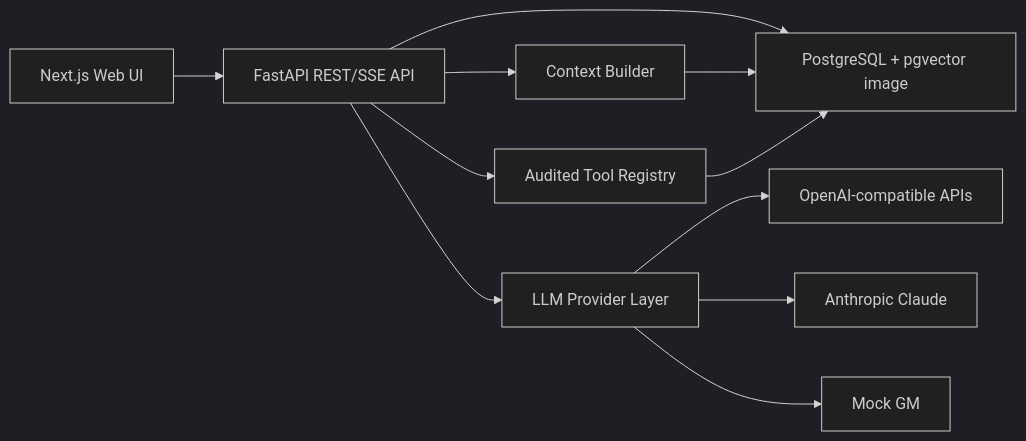
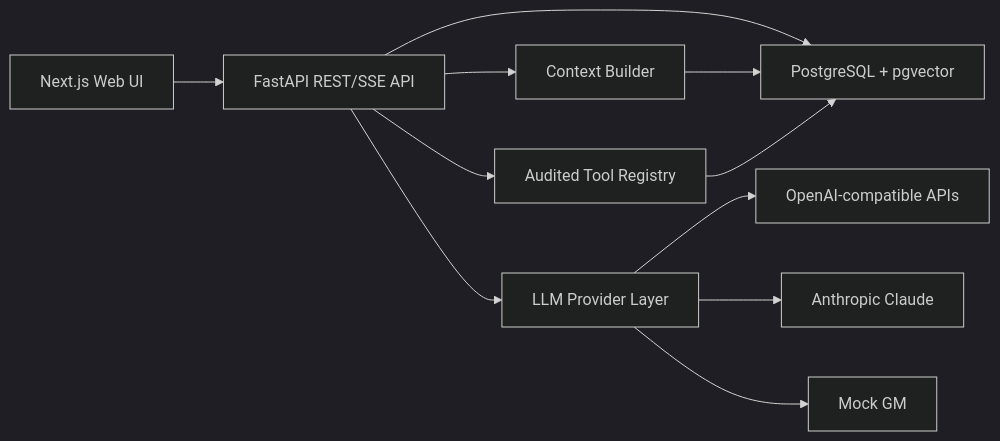
Before and after one commit to brightcolor/ttrpg-gm-engine: the diagram in README.md, drawn with Mermaid (dark theme). The commit also changed other lines of this file, not shown here.

````diff
--- a/README.md
+++ b/README.md
@@ -35,13 +22,13 @@
 ```mermaid
 flowchart LR
   UI["Next.js Web UI"] --> API["FastAPI REST/SSE API"]
-  API --> DB["PostgreSQL + pgvector image"]
+  API --> DB["PostgreSQL + pgvector"]
   API --> Tools["Audited Tool Registry"]
   API --> Context["Context Builder"]
   Context --> DB
   Tools --> DB
   API --> LLM["LLM Provider Layer"]
   LLM --> OpenAI["OpenAI-compatible APIs"]
   LLM --> Claude["Anthropic Claude"]
   LLM --> Mock["Mock GM"]
 ```
````
